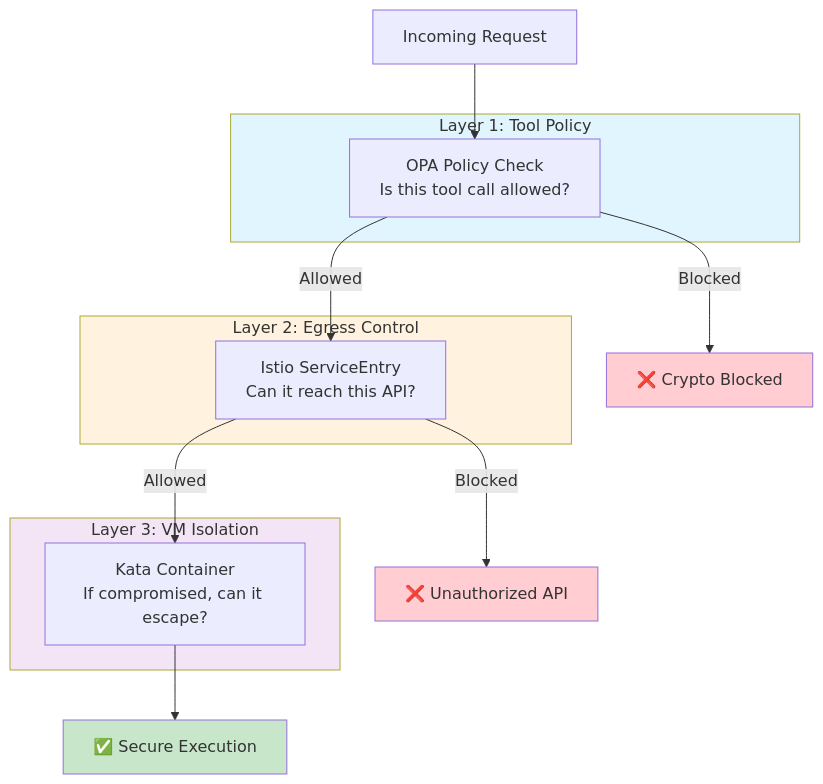
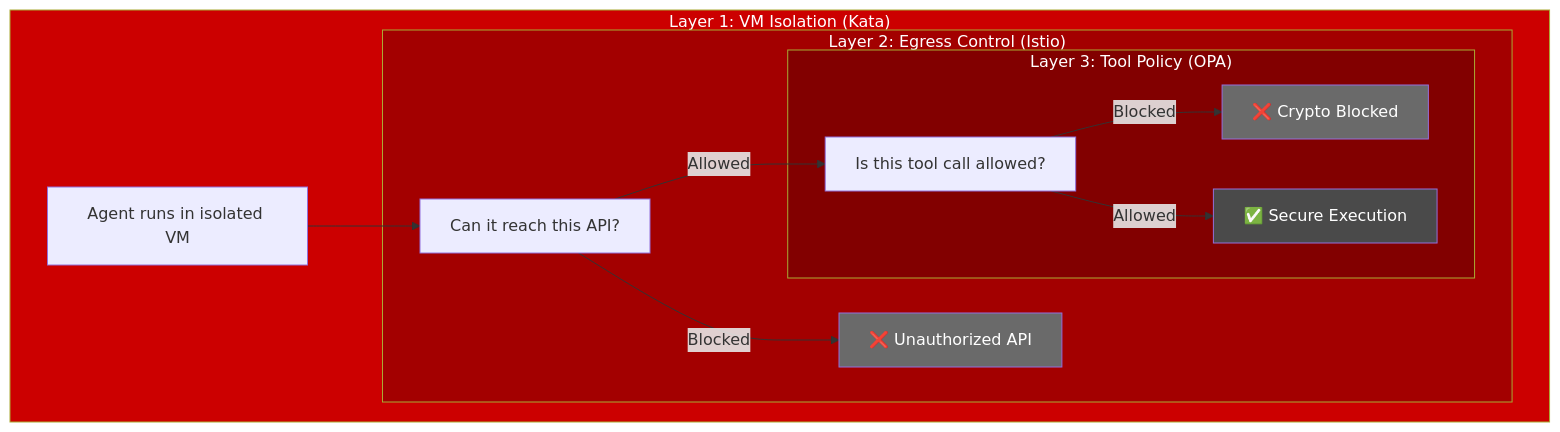
The first of 2 diagrams in docs/guides/demo-walkthrough.md (rrbanda/agent-sandbox-ocp), drawn with Mermaid before and after one commit. The commit also changed other lines of this file and 6 other files, not shown here.

First line of the commit message:
Update diagrams: correct layer ordering and Red Hat branding

````diff
--- a/docs/guides/demo-walkthrough.md
+++ b/docs/guides/demo-walkthrough.md
@@ -21,31 +21,26 @@
 ```mermaid
 flowchart TD
-    A[Incoming Request] --> B
-    
-    subgraph L1["Layer 1: Tool Policy"]
-        B["OPA Policy Check<br/>Is this tool call allowed?"]
+    subgraph L1["Layer 1: VM Isolation (Kata)"]
+        A["Agent runs in isolated VM"]
+        A --> B
+        
+        subgraph L2["Layer 2: Egress Control (Istio)"]
+            B["Can it reach this API?"]
+            B -->|Blocked| X2["❌ Unauthorized API"]
+            B -->|Allowed| C
+            
+            subgraph L3["Layer 3: Tool Policy (OPA)"]
+                C["Is this tool call allowed?"]
+                C -->|Blocked| X3["❌ Crypto Blocked"]
+                C -->|Allowed| D["✅ Secure Execution"]
+            end
+        end
     end
     
-    B -->|Allowed| C
-    B -->|Blocked| X1["❌ Crypto Blocked"]
-    
-    subgraph L2["Layer 2: Egress Control"]
-        C["Istio ServiceEntry<br/>Can it reach this API?"]
-    end
-    
-    C -->|Allowed| D
-    C -->|Blocked| X2["❌ Unauthorized API"]
-    
-    subgraph L3["Layer 3: VM Isolation"]
-        D["Kata Container<br/>If compromised, can it escape?"]
-    end
-    
-    D --> E["✅ Secure Execution"]
-    
-    style L1 fill:#e1f5fe
-    style L2 fill:#fff3e0
-    style L3 fill:#f3e5f5
-    style X1 fill:#ffcdd2
-    style X2 fill:#ffcdd2
-    style E fill:#c8e6c9
+    style L1 fill:#CC0000,color:#FFFFFF
+    style L2 fill:#A30000,color:#FFFFFF
+    style L3 fill:#820000,color:#FFFFFF
+    style X2 fill:#6A6A6A,color:#FFFFFF
+    style X3 fill:#6A6A6A,color:#FFFFFF
+    style D fill:#4A4A4A,color:#FFFFFF
 ```
````
